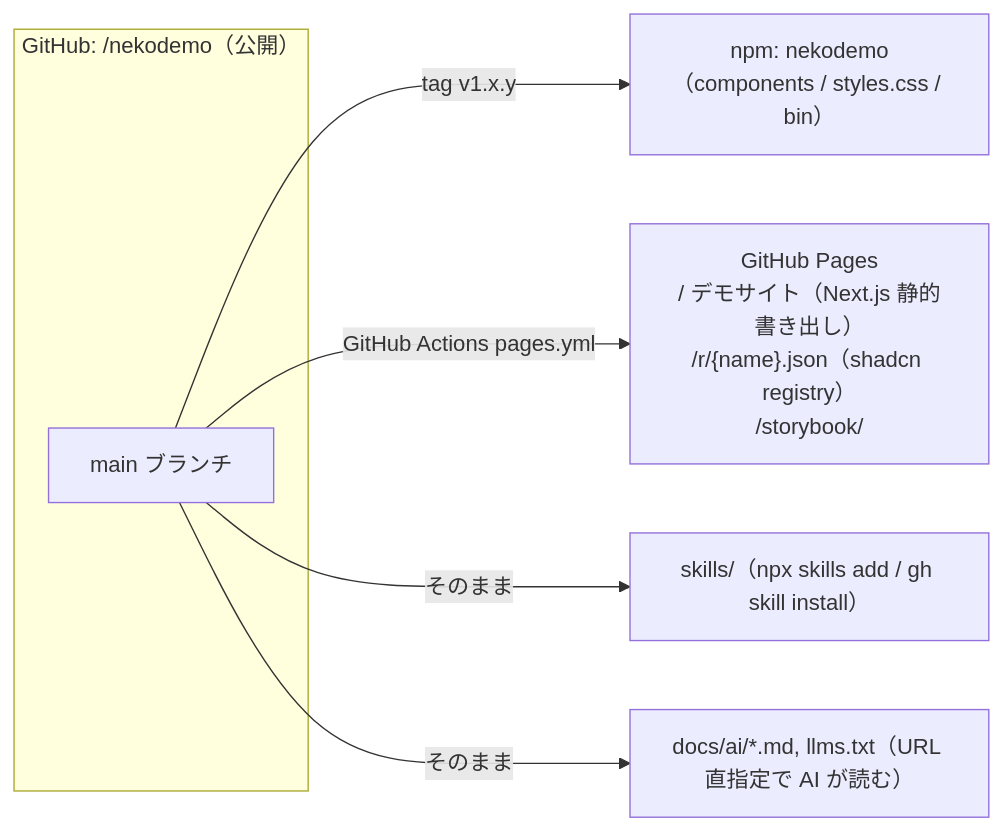
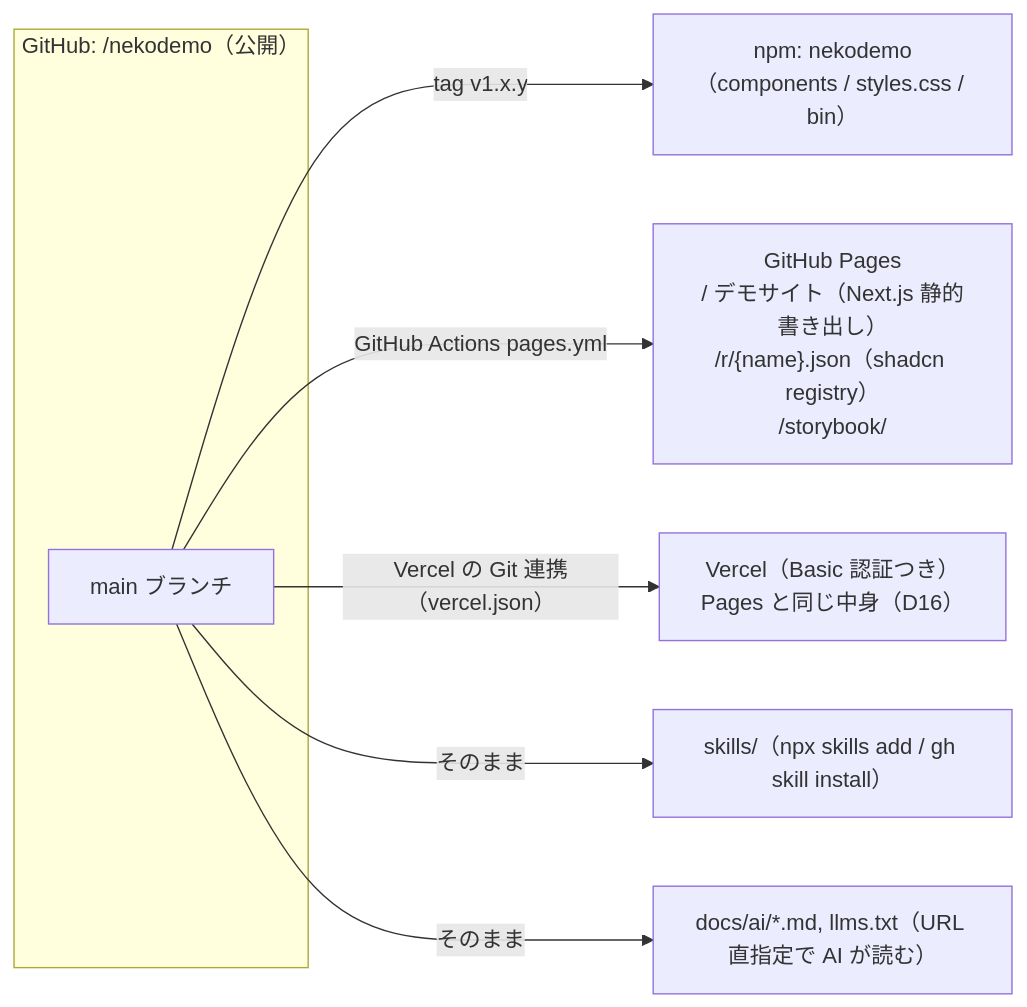
One commit to gp-ryoga-isozumi/nekodemo-cat-design-system changed the eighth of 9 diagrams in prompt/NEKODEMO_DESIGN.md. Above: the diagram before and after it, drawn with Mermaid. The commit also changed other lines of this file and 6 other files, not shown here.

First line of the commit message:
デモサイトを Vercel にも Basic 認証つきで配信する（D16）

````diff
--- a/prompt/NEKODEMO_DESIGN.md
+++ b/prompt/NEKODEMO_DESIGN.md
@@ -1098,10 +1099,11 @@
 ```mermaid
 flowchart LR
   subgraph repo["GitHub: <owner>/nekodemo（公開）"]
     M["main ブランチ"]
   end
   M -->|tag v1.x.y| NPM["npm: nekodemo<br/>（components / styles.css / bin）"]
   M -->|GitHub Actions pages.yml| PAGES["GitHub Pages<br/>/ デモサイト（Next.js 静的書き出し）<br/>/r/{name}.json（shadcn registry）<br/>/storybook/"]
+  M -->|Vercel の Git 連携（vercel.json）| VERCEL["Vercel（Basic 認証つき）<br/>Pages と同じ中身（D16）"]
   M -->|そのまま| SK["skills/（npx skills add / gh skill install）"]
   M -->|そのまま| DOCS["docs/ai/*.md, llms.txt（URL 直指定で AI が読む）"]
 ```
````
